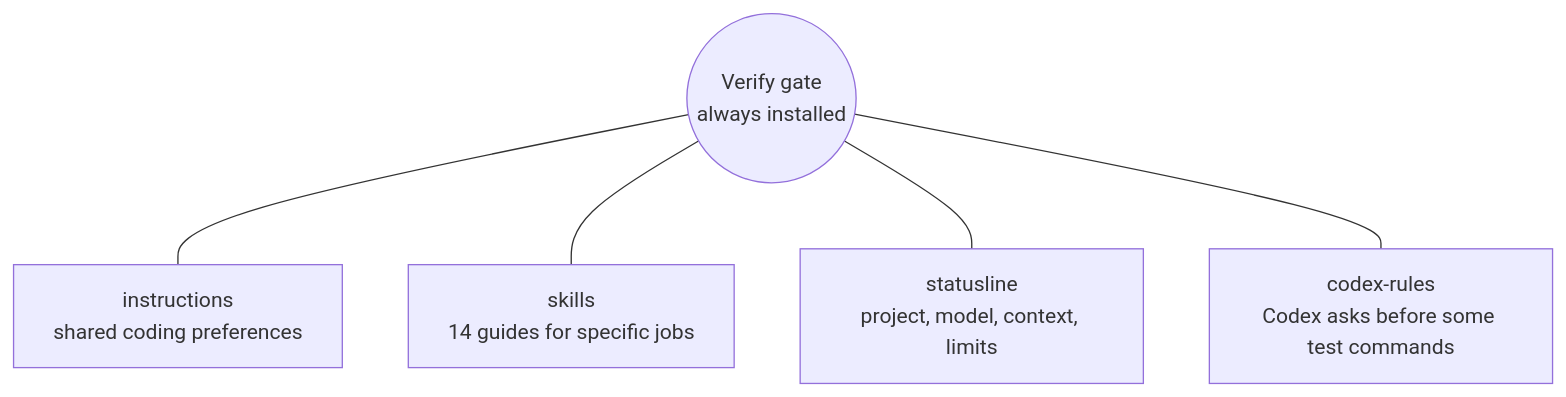
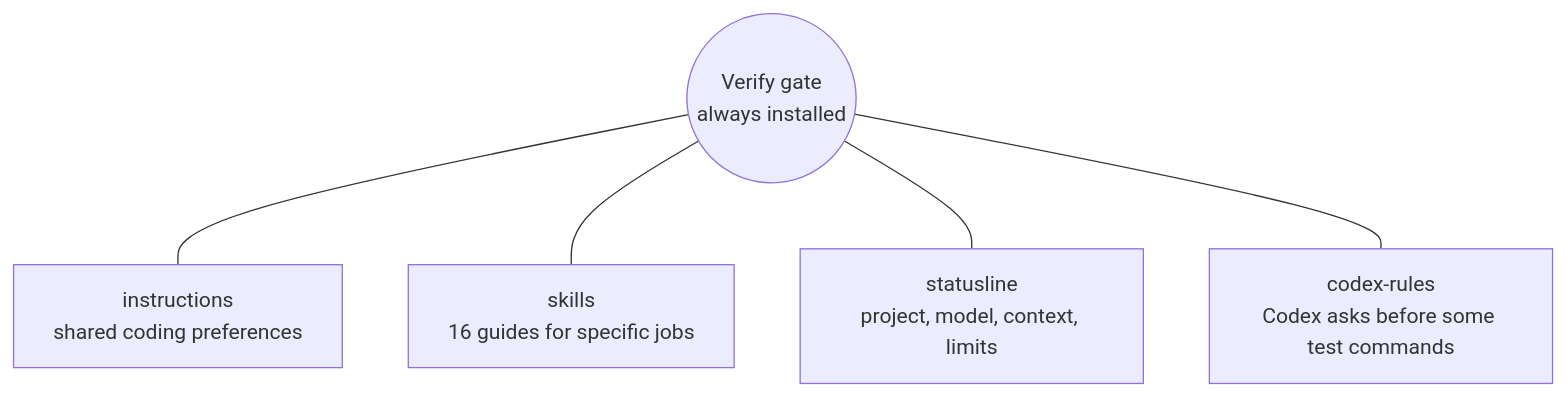
The sixth of 7 diagrams in docs/overview.md (chrysogonus/power-agents), drawn with Mermaid before and after one commit. The commit also changed other lines of this file and 17 other files, not shown here.

````diff
--- a/docs/overview.md
+++ b/docs/overview.md
@@ -207,8 +207,8 @@
 ```mermaid
 flowchart TD
     G(("Verify gate<br/>always installed"))
     G --- I["instructions<br/>shared coding preferences"]
-    G --- S["skills<br/>14 guides for specific jobs"]
+    G --- S["skills<br/>16 guides for specific jobs"]
     G --- T["statusline<br/>project, model, context, limits"]
     G --- R["codex-rules<br/>Codex asks before some test commands"]
 ```
````
